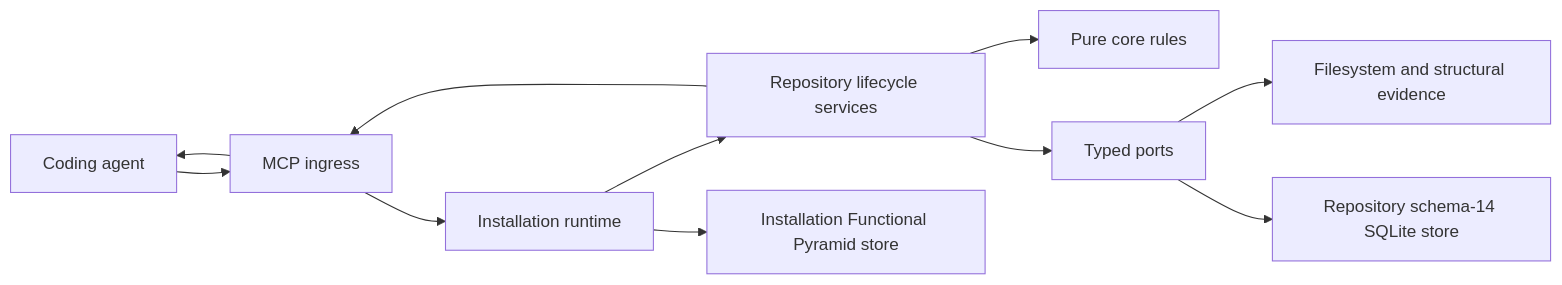
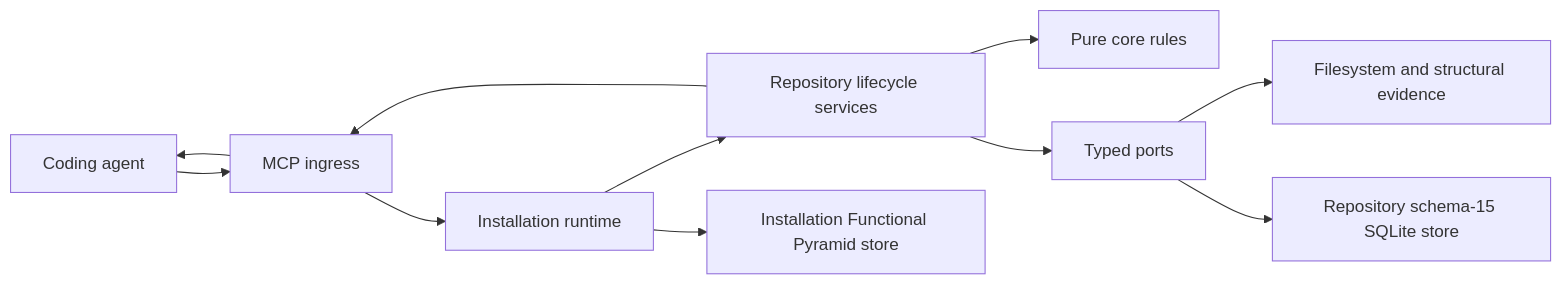
One commit to pontivus-com/span changed the diagram in docs/architecture.md. Above: the diagram before and after it, drawn with Mermaid. The commit also changed other lines of this file and 75 other files, not shown here.

````diff
--- a/docs/architecture.md
+++ b/docs/architecture.md
@@ -7,13 +5,13 @@
 ```mermaid
 flowchart LR
   A[Coding agent] --> M[MCP ingress]
   M --> I[Installation runtime]
   I --> S[Repository lifecycle services]
   S --> C[Pure core rules]
   S --> P[Typed ports]
   P --> E[Filesystem and structural evidence]
-  P --> D[Repository schema-14 SQLite store]
+  P --> D[Repository schema-15 SQLite store]
   I --> F[Installation Functional Pyramid store]
   S --> M
   M --> A
 ```
````
